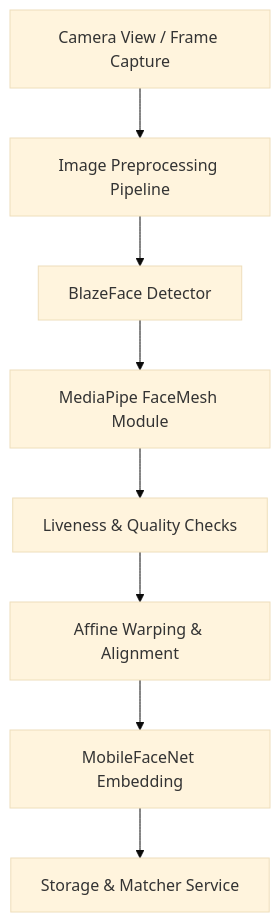
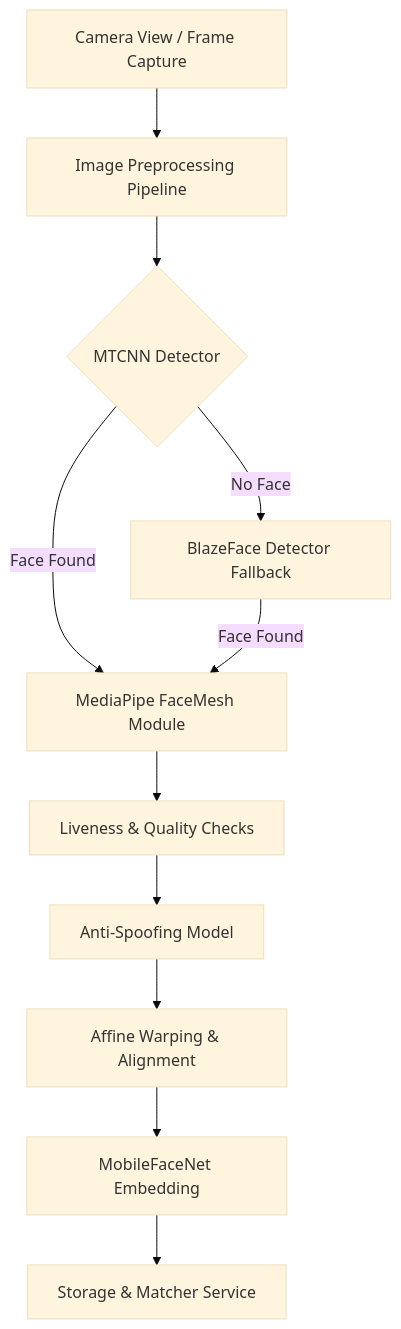
Before and after one commit to ankith2409-web/BIOMETRIC_scanner: the diagram in ARCHITECTURE.md, drawn with Mermaid (base theme). The commit also changed other lines of this file and 13 other files, not shown here.

````diff
--- a/ARCHITECTURE.md
+++ b/ARCHITECTURE.md
@@ -11,10 +11,13 @@
 ```mermaid
 graph TD
     A[Camera View / Frame Capture] --> B[Image Preprocessing Pipeline]
-    B --> C[BlazeFace Detector]
-    C --> D[MediaPipe FaceMesh Module]
-    D --> E[Liveness & Quality Checks]
-    E --> F[Affine Warping & Alignment]
-    F --> G[MobileFaceNet Embedding]
-    G --> H[Storage & Matcher Service]
+    B --> C{MTCNN Detector}
+    C -- "No Face" --> D[BlazeFace Detector Fallback]
+    C -- "Face Found" --> E[MediaPipe FaceMesh Module]
+    D -- "Face Found" --> E
+    E --> F[Liveness & Quality Checks]
+    F --> G[Anti-Spoofing Model]
+    G --> H[Affine Warping & Alignment]
+    H --> I[MobileFaceNet Embedding]
+    I --> J[Storage & Matcher Service]
 ```
````
